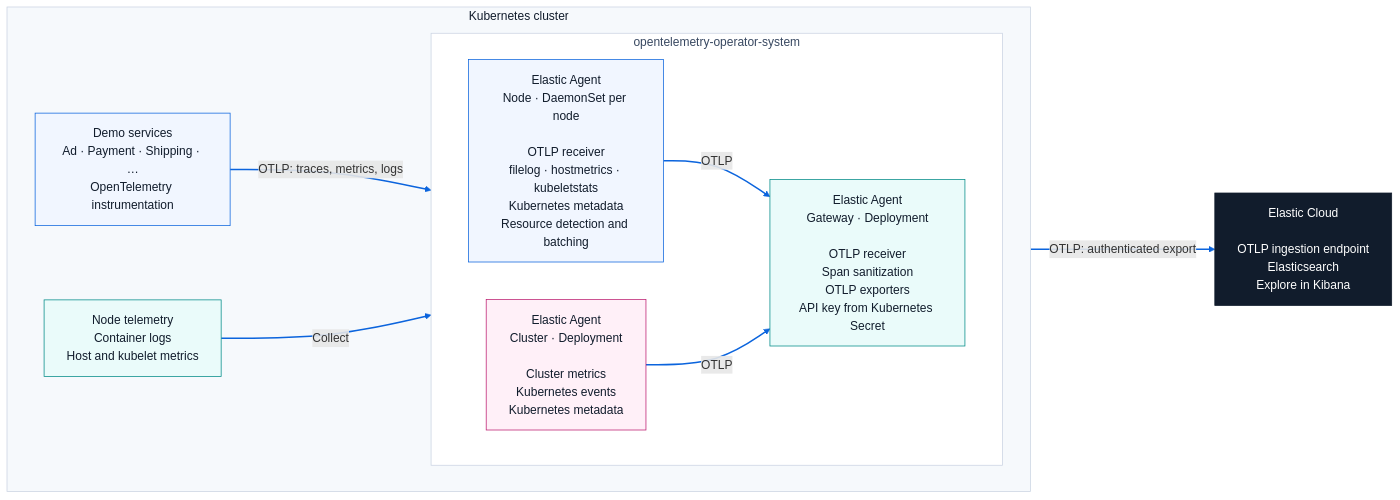
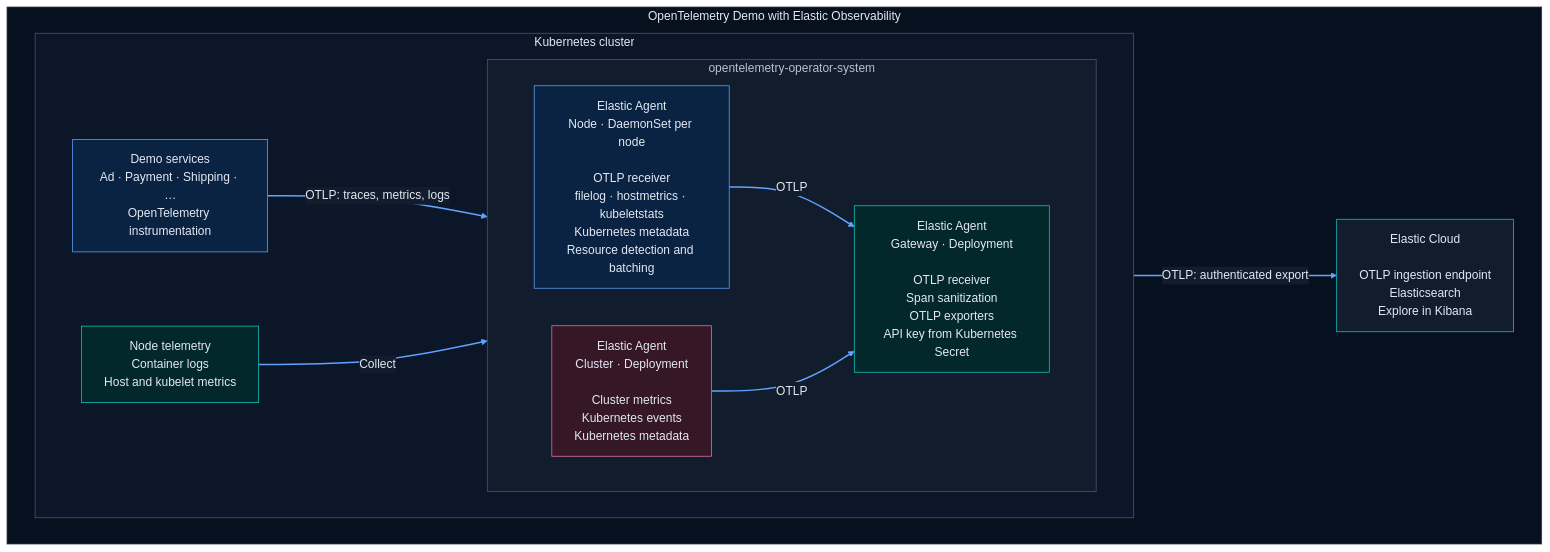
One commit to osullivandonal/opentelemetry-demo changed the diagram in .github/README.md. Above: the diagram before and after it, drawn with Mermaid.

Commit message:
docs: apply Elastic dark palette to Mermaid architecture

````diff
--- a/.github/README.md
+++ b/.github/README.md
@@ -218,41 +218,47 @@
 ```mermaid
+%%{init: {"theme": "base", "themeVariables": {"darkMode": true, "background": "#07101F", "primaryColor": "#0A2342", "primaryTextColor": "#E3E8F2", "primaryBorderColor": "#61A2FF", "lineColor": "#61A2FF", "textColor": "#E3E8F2", "edgeLabelBackground": "#111C2C", "clusterBkg": "#0B1628", "clusterBorder": "#485975"}}}%%
 flowchart LR
-    subgraph K8S["Kubernetes cluster"]
+    subgraph ARCH["OpenTelemetry Demo with Elastic Observability"]
         direction LR
-
-        APP["Demo services<br/>Ad · Payment · Shipping · …<br/>OpenTelemetry instrumentation"]
-        NODE["Node telemetry<br/>Container logs<br/>Host and kubelet metrics"]
-
-        subgraph AGENTS["opentelemetry-operator-system"]
+        subgraph K8S["Kubernetes cluster"]
             direction LR
 
-            DAEMON["Elastic Agent<br/>Node · DaemonSet per node<br/><br/>OTLP receiver<br/>filelog · hostmetrics · kubeletstats<br/>Kubernetes metadata<br/>Resource detection and batching"]
+            APP["Demo services<br/>Ad · Payment · Shipping · …<br/>OpenTelemetry instrumentation"]
+            NODE["Node telemetry<br/>Container logs<br/>Host and kubelet metrics"]
 
-            CLUSTER["Elastic Agent<br/>Cluster · Deployment<br/><br/>Cluster metrics<br/>Kubernetes events<br/>Kubernetes metadata"]
+            subgraph AGENTS["opentelemetry-operator-system"]
+                direction LR
 
-            GATEWAY["Elastic Agent<br/>Gateway · Deployment<br/><br/>OTLP receiver<br/>Span sanitization<br/>OTLP exporters<br/>API key from Kubernetes Secret"]
+                DAEMON["Elastic Agent<br/>Node · DaemonSet per node<br/><br/>OTLP receiver<br/>filelog · hostmetrics · kubeletstats<br/>Kubernetes metadata<br/>Resource detection and batching"]
+
+                CLUSTER["Elastic Agent<br/>Cluster · Deployment<br/><br/>Cluster metrics<br/>Kubernetes events<br/>Kubernetes metadata"]
+
+                GATEWAY["Elastic Agent<br/>Gateway · Deployment<br/><br/>OTLP receiver<br/>Span sanitization<br/>OTLP exporters<br/>API key from Kubernetes Secret"]
+            end
+
+            APP -->|"OTLP: traces, metrics, logs"| DAEMON
+            NODE -->|Collect| DAEMON
+            DAEMON -->|OTLP| GATEWAY
+            CLUSTER -->|OTLP| GATEWAY
         end
 
-        APP -->|"OTLP: traces, metrics, logs"| DAEMON
-        NODE -->|Collect| DAEMON
-        DAEMON -->|OTLP| GATEWAY
-        CLUSTER -->|OTLP| GATEWAY
+        CLOUD["Elastic Cloud<br/><br/>OTLP ingestion endpoint<br/>Elasticsearch<br/>Explore in Kibana"]
+        GATEWAY -->|"OTLP: authenticated export"| CLOUD
+
     end
 
-    CLOUD["Elastic Cloud<br/><br/>OTLP ingestion endpoint<br/>Elasticsearch<br/>Explore in Kibana"]
-    GATEWAY -->|"OTLP: authenticated export"| CLOUD
-
-    classDef application fill:#F1F6FF,stroke:#0B64DD,color:#111C2C
-    classDef node fill:#EAFBFA,stroke:#008B87,color:#111C2C
-    classDef cluster fill:#FFF0F8,stroke:#BC1E70,color:#111C2C
-    classDef cloud fill:#111C2C,stroke:#111C2C,color:#FFFFFF
+    classDef application fill:#0A2342,stroke:#61A2FF,color:#E3E8F2
+    classDef node fill:#03282B,stroke:#16C5C0,color:#E3E8F2
+    classDef cluster fill:#351725,stroke:#EE72A6,color:#E3E8F2
+    classDef cloud fill:#111C2C,stroke:#16C5C0,color:#E3E8F2
 
     class APP,DAEMON application
     class NODE,GATEWAY node
     class CLUSTER cluster
     class CLOUD cloud
 
-    style K8S fill:#F6F9FC,stroke:#CAD3E2,color:#111C2C
-    style AGENTS fill:#FFFFFF,stroke:#CAD3E2,color:#384861
-    linkStyle default stroke:#0B64DD,stroke-width:2px
+    style ARCH fill:#07101F,stroke:#2B394F,color:#E3E8F2
+    style K8S fill:#0B1628,stroke:#485975,color:#E3E8F2
+    style AGENTS fill:#111C2C,stroke:#485975,color:#B4C1D5
+    linkStyle default stroke:#61A2FF,stroke-width:2px
 ```
````
